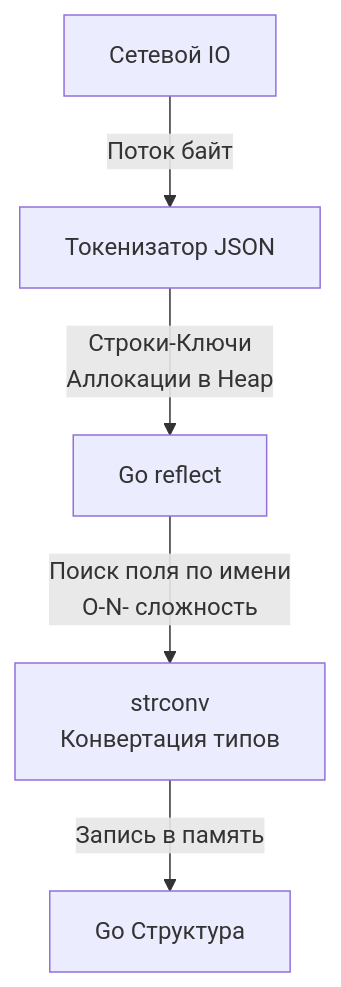
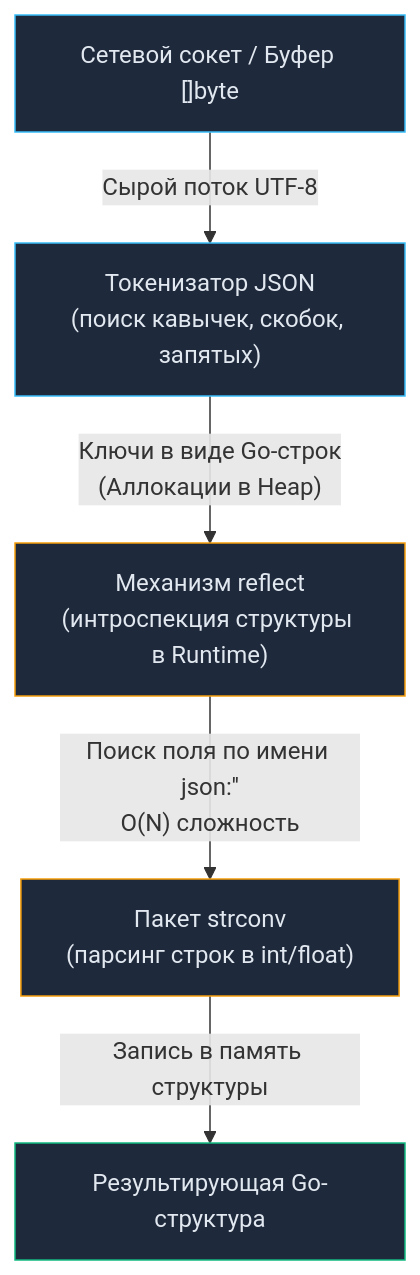
Before and after one commit to UnrealTemplier/go-textbook: the first of 2 diagrams in sources/10. Проектирование API и Сетевые протоколы/7. Форматы данных JSON vs Protobuf.md, drawn with Mermaid. The commit also changed other lines of this file, not shown here.

````diff
--- a/sources/10. Проектирование API и Сетевые протоколы/7. Форматы данных JSON vs Protobuf.md
+++ b/sources/10. Проектирование API и Сетевые протоколы/7. Форматы данных JSON vs Protobuf.md
@@ -30,7 +46,14 @@
 ```mermaid
 flowchart TD
-    Net["Сетевой IO"]-->|"Поток байт"|Tokenizer["Токенизатор JSON"]
-    Tokenizer-->|"Строки-Ключи<br>Аллокации в Heap"|Reflect["Go reflect"]
-    Reflect-->|"Поиск поля по имени<br>O-N- сложность"|TypeConv["strconv<br>Конвертация типов"]
-    TypeConv-->|"Запись в память"|Struct["Go Структура"]
+    Net["Сетевой сокет / Буфер []byte"] -->|"Сырой поток UTF-8"| Tokenizer["Токенизатор JSON<br>(поиск кавычек, скобок, запятых)"]
+    Tokenizer -->|"Ключи в виде Go-строк<br>(Аллокации в Heap)"| Reflect["Механизм reflect<br>(интроспекция структуры в Runtime)"]
+    Reflect -->|"Поиск поля по имени json:''<br>O(N) сложность"| TypeConv["Пакет strconv<br>(парсинг строк в int/float)"]
+    TypeConv -->|"Запись в память структуры"| Struct["Результирующая Go-структура"]
+
+    classDef proc fill:#1e293b,stroke:#38bdf8,stroke-width:1px,color:#e2e8f0;
+    classDef dest fill:#1e293b,stroke:#10b981,stroke-width:1px,color:#e2e8f0;
+    classDef warn fill:#1e293b,stroke:#f59e0b,stroke-width:1px,color:#e2e8f0;
+    class Net,Tokenizer proc;
+    class Reflect,TypeConv warn;
+    class Struct dest;
 ```
````
